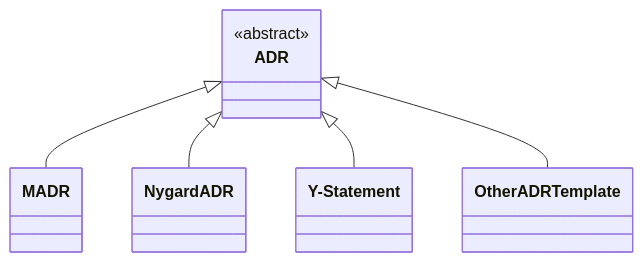
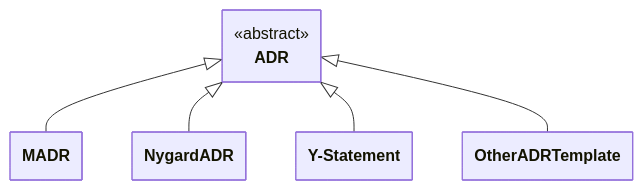
Before and after one commit to adr/adr.github.io: the diagram in _posts/2024-10-25-adr-templates.md, drawn with Mermaid.

Commit message:
Remove empty members box in Mermaid class diagram (#77)
https://github.com/mermaid-js/mermaid/issues/3139

````diff
--- a/_posts/2024-10-25-adr-templates.md
+++ b/_posts/2024-10-25-adr-templates.md
@@ -11,11 +11,16 @@
 ```mermaid
+---
+  config:
+    class:
+      hideEmptyMembersBox: true
+---
 classDiagram
   direction TB
   class ADR {
     <<abstract>>
   }
   ADR <|-- MADR
   ADR <|-- NygardADR
   ADR <|-- Y-Statement
   ADR <|-- OtherADRTemplate
 ```
````
